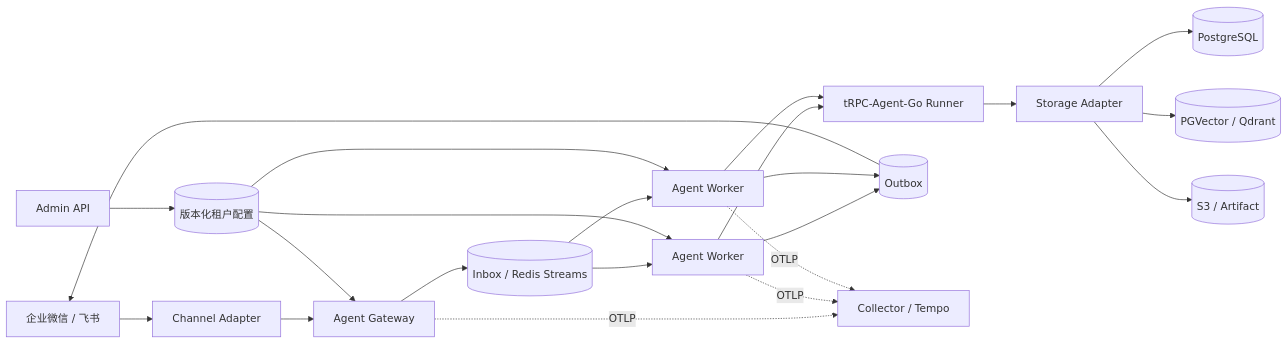
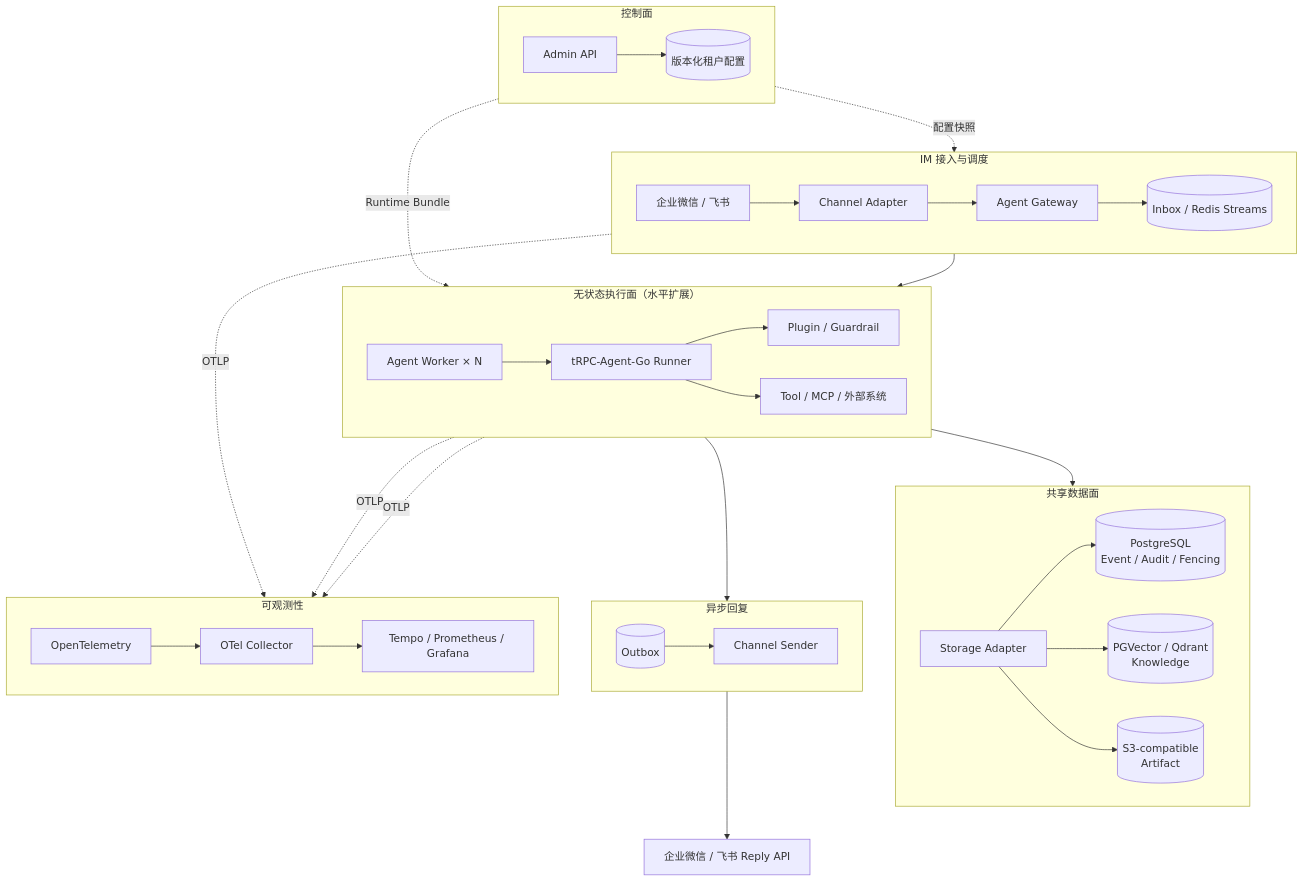
The diagram in README.md (Skylm808/trpc-agent-service), drawn with Mermaid before and after one commit.

Commit message:
docs: clarify platform architecture diagram

````diff
--- a/README.md
+++ b/README.md
@@ -38,24 +38,50 @@
 ```mermaid
-flowchart LR
-    IM[企业微信 / 飞书] --> CA[Channel Adapter]
-    CA --> GW[Agent Gateway]
-    GW --> IN[(Inbox / Redis Streams)]
-    IN --> W1[Agent Worker]
-    IN --> W2[Agent Worker]
-    W1 --> R[tRPC-Agent-Go Runner]
-    W2 --> R
-    R --> ST[Storage Adapter]
-    ST --> PG[(PostgreSQL)]
-    ST --> V[(PGVector / Qdrant)]
-    ST --> OBJ[(S3 / Artifact)]
-    W1 --> OUT[(Outbox)]
-    W2 --> OUT
-    OUT --> IM
-    ADM[Admin API] --> CFG[(版本化租户配置)]
-    CFG --> GW
-    CFG --> W1
-    CFG --> W2
-    GW -. OTLP .-> TEL[Collector / Tempo]
-    W1 -. OTLP .-> TEL
-    W2 -. OTLP .-> TEL
+flowchart TB
+    subgraph CONTROL["控制面"]
+        direction LR
+        ADMIN[Admin API] --> CONFIG[(版本化租户配置)]
+    end
+
+    subgraph ACCESS["IM 接入与调度"]
+        direction LR
+        IM[企业微信 / 飞书] --> CHANNEL[Channel Adapter]
+        CHANNEL --> GATEWAY[Agent Gateway]
+        GATEWAY --> INBOX[(Inbox / Redis Streams)]
+    end
+
+    subgraph EXECUTION["无状态执行面（水平扩展）"]
+        direction LR
+        WORKERS[Agent Worker × N] --> RUNNER[tRPC-Agent-Go Runner]
+        RUNNER --> GOVERNANCE[Plugin / Guardrail]
+        RUNNER --> TOOLS[Tool / MCP / 外部系统]
+    end
+
+    subgraph DATA["共享数据面"]
+        direction LR
+        STORAGE[Storage Adapter] --> PG[(PostgreSQL<br/>Event / Audit / Fencing)]
+        STORAGE --> VECTOR[(PGVector / Qdrant<br/>Knowledge)]
+        STORAGE --> OBJECT[(S3-compatible<br/>Artifact)]
+    end
+
+    subgraph DELIVERY["异步回复"]
+        direction LR
+        OUTBOX[(Outbox)] --> SENDER[Channel Sender]
+    end
+
+    subgraph OBSERVABILITY["可观测性"]
+        direction LR
+        OTEL[OpenTelemetry] --> COLLECTOR[OTel Collector]
+        COLLECTOR --> BACKEND[Tempo / Prometheus / Grafana]
+    end
+
+    INBOX --> WORKERS
+    RUNNER --> STORAGE
+    WORKERS --> OUTBOX
+    SENDER --> IM_REPLY[企业微信 / 飞书 Reply API]
+
+    CONFIG -. 配置快照 .-> GATEWAY
+    CONFIG -. Runtime Bundle .-> WORKERS
+    GATEWAY -. OTLP .-> OTEL
+    WORKERS -. OTLP .-> OTEL
+    RUNNER -. OTLP .-> OTEL
 ```
````
